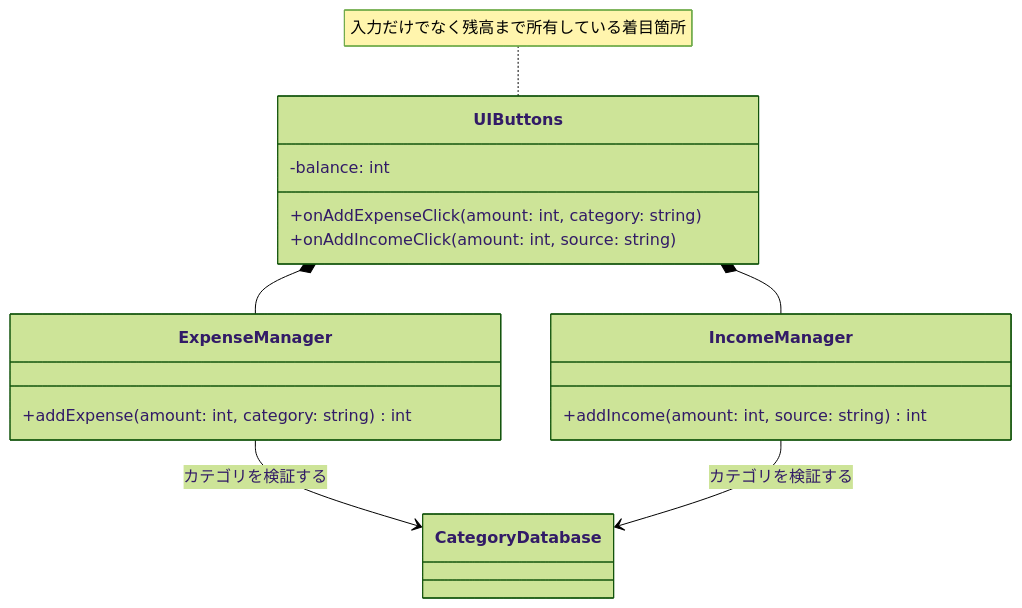
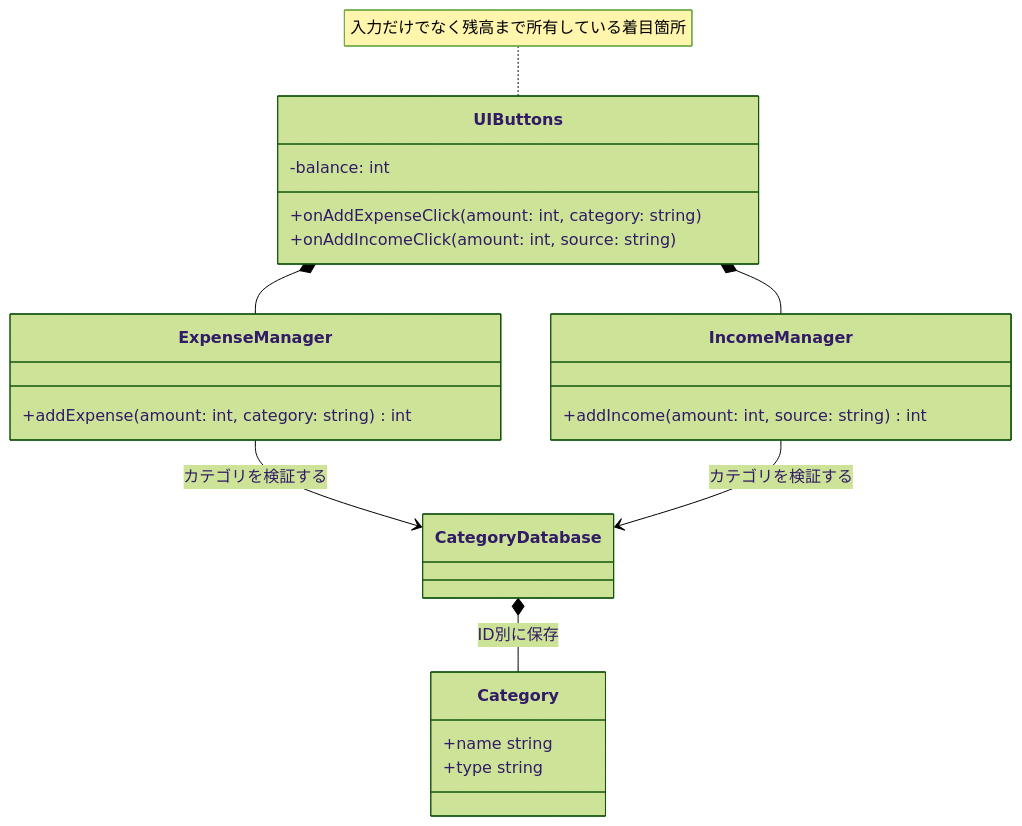
Before and after one commit to kumachan1101-pixel/DesignPattern: the third of 15 diagrams in kindle/design-patterns/output/chapter05.md, drawn with Mermaid (forest theme). The commit also changed other lines of this file and 14 other files, not shown here.

Commit message:
全章の仕様図と変更対象外基盤を整合

````diff
--- a/kindle/design-patterns/output/chapter05.md
+++ b/kindle/design-patterns/output/chapter05.md
@@ -142,24 +145,29 @@
 ```mermaid
 classDiagram
+    class Category {
+        +name string
+        +type string
+    }
     class CategoryDatabase
     class UIButtons {
         -balance: int
         +onAddExpenseClick(amount: int, category: string)
         +onAddIncomeClick(amount: int, source: string)
     }
     class ExpenseManager {
         +addExpense(amount: int, category: string) int
     }
     class IncomeManager {
         +addIncome(amount: int, source: string) int
     }
     UIButtons *-- ExpenseManager
     UIButtons *-- IncomeManager
+    CategoryDatabase *-- Category : ID別に保存
     ExpenseManager --> CategoryDatabase : カテゴリを検証する
     IncomeManager --> CategoryDatabase : カテゴリを検証する
 
     note for UIButtons "入力だけでなく残高まで所有している着目箇所"
     classDef focus fill:#FFF2CC,stroke:#D6B656,stroke-width:2px,color:#222222
     cssClass "UIButtons" focus
 
 ```
````
